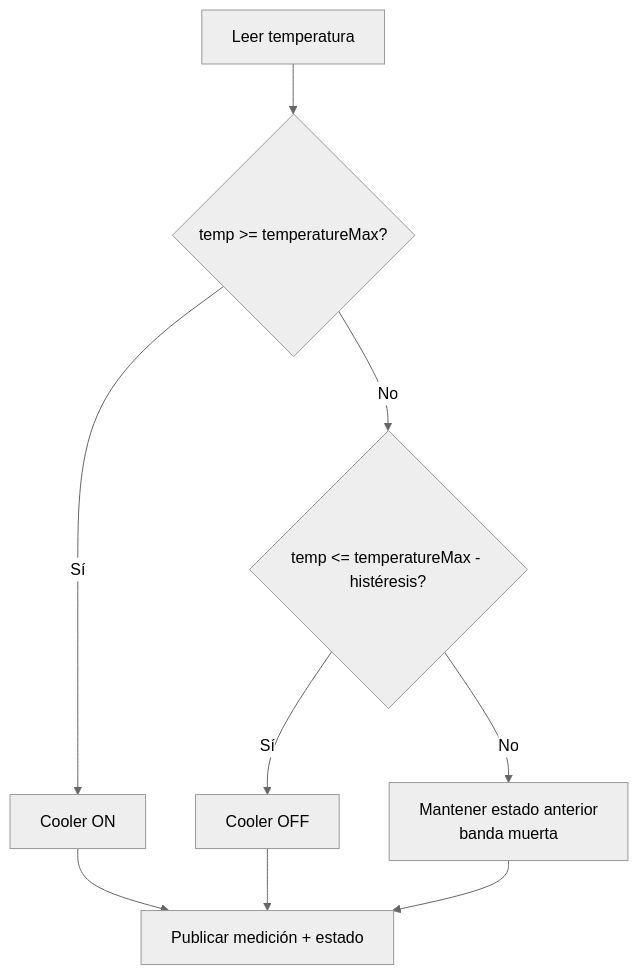
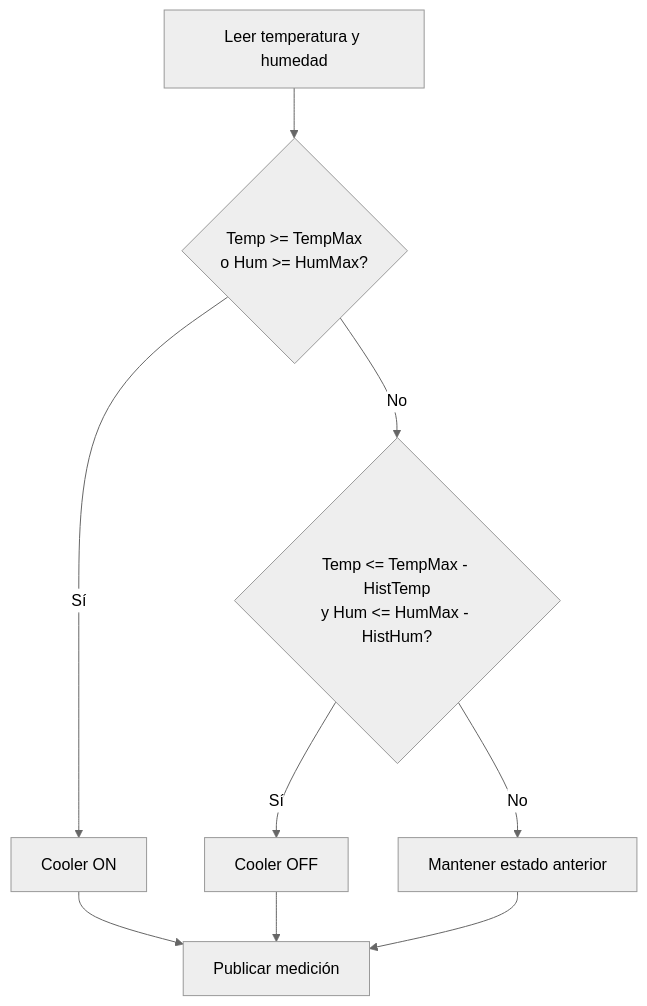
One commit to andinogabriel/plc-control-backend changed the third of 3 diagrams in README.md. Above: the diagram before and after it, drawn with Mermaid (neutral theme). The commit also changed other lines of this file and 7 other files, not shown here.

````diff
--- a/README.md
+++ b/README.md
@@ -37,11 +165,14 @@
 ```mermaid
 flowchart TD
-  Read[Leer temperatura] --> Q{temp >= temperatureMax?}
-  Q -- Sí --> On[Cooler ON]
-  Q -- No --> Q2{temp <= temperatureMax - histéresis?}
-  Q2 -- Sí --> Off[Cooler OFF]
-  Q2 -- No --> Keep[Mantener estado anterior<br/>banda muerta]
-  On --> Pub[Publicar medición + estado]
-  Off --> Pub
-  Keep --> Pub
+    Read[Leer temperatura y humedad] --> CheckHigh{Temp >= TempMax<br/>o Hum >= HumMax?}
+
+    CheckHigh -- Sí --> CoolerOn[Cooler ON]
+    CheckHigh -- No --> CheckLow{Temp <= TempMax - HistTemp<br/>y Hum <= HumMax - HistHum?}
+
+    CheckLow -- Sí --> CoolerOff[Cooler OFF]
+    CheckLow -- No --> Keep[Mantener estado anterior]
+
+    CoolerOn --> Publish[Publicar medición]
+    CoolerOff --> Publish
+    Keep --> Publish
 ```
````
